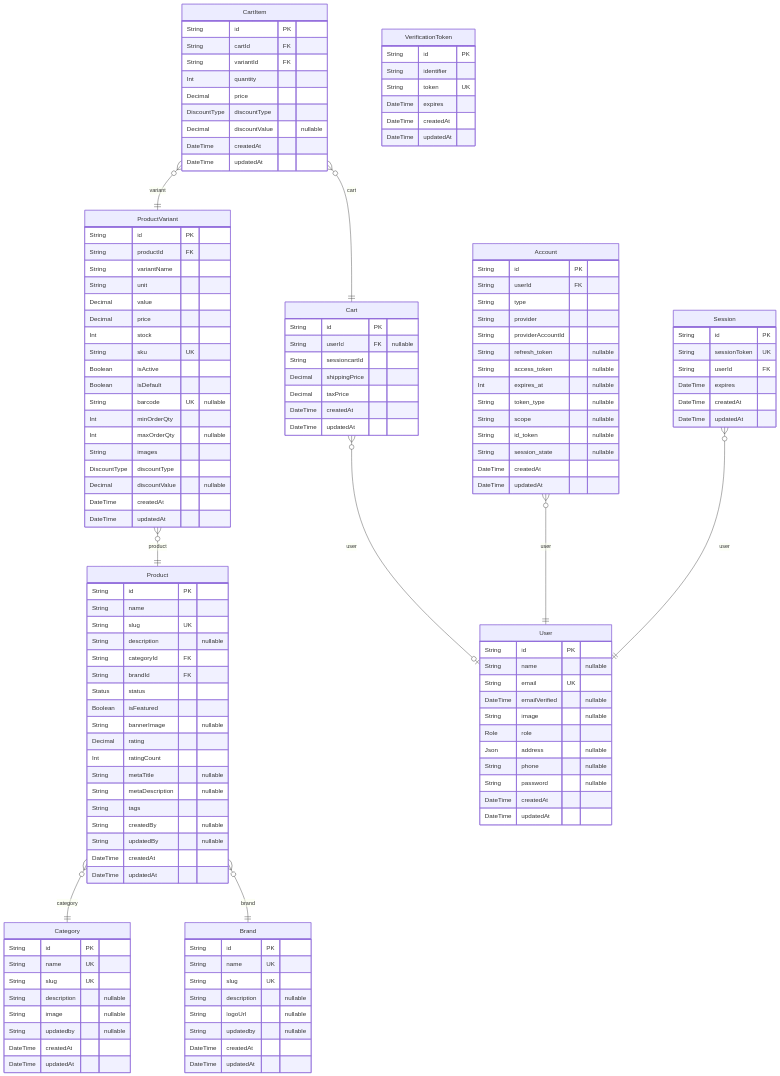
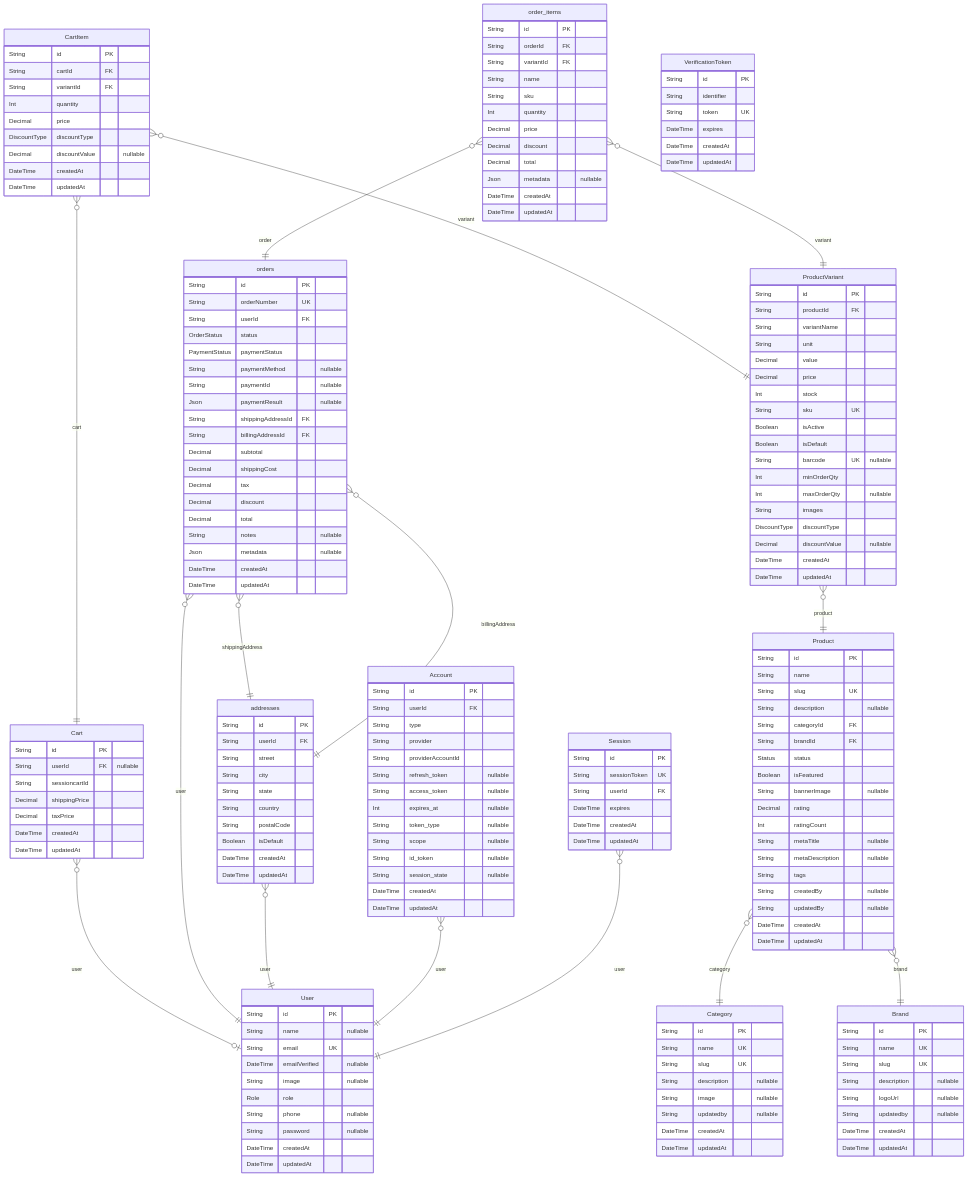
Before and after one commit to jjaijg/ssb-store: the diagram in prisma/ERD.md, drawn with Mermaid. The commit also changed other lines of this file and 4 other files, not shown here.

````diff
--- a/prisma/ERD.md
+++ b/prisma/ERD.md
@@ -23,6 +23,41 @@
   Decimal price
   DiscountType discountType
   Decimal discountValue "nullable"
+  DateTime createdAt
+  DateTime updatedAt
+}
+"orders" {
+  String id PK
+  String orderNumber UK
+  String userId FK
+  OrderStatus status
+  PaymentStatus paymentStatus
+  String paymentMethod "nullable"
+  String paymentId "nullable"
+  Json paymentResult "nullable"
+  String shippingAddressId FK
+  String billingAddressId FK
+  Decimal subtotal
+  Decimal shippingCost
+  Decimal tax
+  Decimal discount
+  Decimal total
+  String notes "nullable"
+  Json metadata "nullable"
+  DateTime createdAt
+  DateTime updatedAt
+}
+"order_items" {
+  String id PK
+  String orderId FK
+  String variantId FK
+  String name
+  String sku
+  Int quantity
+  Decimal price
+  Decimal discount
+  Decimal total
+  Json metadata "nullable"
   DateTime createdAt
   DateTime updatedAt
 }
@@ -86,6 +121,18 @@
   DateTime createdAt
   DateTime updatedAt
 }
+"addresses" {
+  String id PK
+  String userId FK
+  String street
+  String city
+  String state
+  String country
+  String postalCode
+  Boolean isDefault
+  DateTime createdAt
+  DateTime updatedAt
+}
 "User" {
   String id PK
   String name "nullable"
@@ -93,7 +140,6 @@
   DateTime emailVerified "nullable"
   String image "nullable"
   Role role
-  Json address "nullable"
   String phone "nullable"
   String password "nullable"
   DateTime createdAt
@@ -134,9 +180,15 @@
 "Cart" }o--o| "User" : user
 "CartItem" }o--|| "Cart" : cart
 "CartItem" }o--|| "ProductVariant" : variant
+"orders" }o--|| "User" : user
+"orders" }o--|| "addresses" : shippingAddress
+"orders" }o--|| "addresses" : billingAddress
+"order_items" }o--|| "orders" : order
+"order_items" }o--|| "ProductVariant" : variant
 "Product" }o--|| "Category" : category
 "Product" }o--|| "Brand" : brand
 "ProductVariant" }o--|| "Product" : product
+"addresses" }o--|| "User" : user
 "Account" }o--|| "User" : user
 "Session" }o--|| "User" : user
 ```
````
